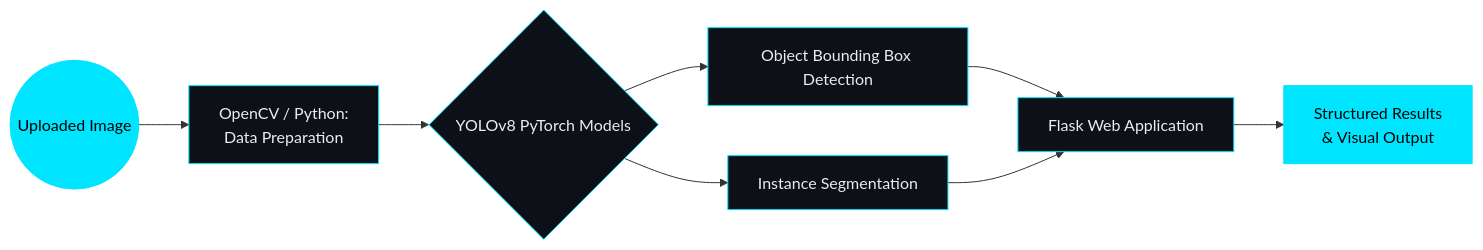
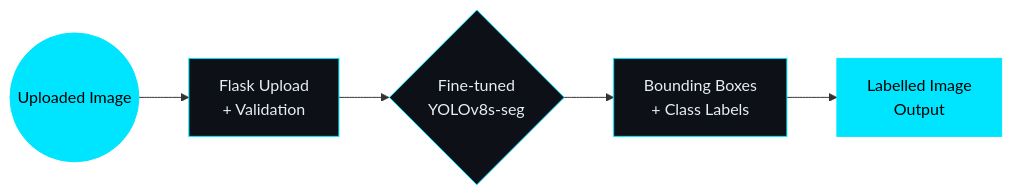
The second of 2 diagrams in README.md (visalsattar/visalsattar), drawn with Mermaid before and after one commit. The commit also changed other lines of this file, not shown here.

````diff
--- a/README.md
+++ b/README.md
@@ -71,14 +72,11 @@
 ```mermaid
 graph LR
-    A((Uploaded Image)) --> B[OpenCV / Python: <br> Data Preparation]
-    B --> C{YOLOv8 PyTorch Models}
-    C --> D[Object Bounding Box Detection]
-    C --> E[Instance Segmentation]
-    D --> F[Flask Web Application]
-    E --> F
-    F --> G[Structured Results <br> & Visual Output]
+    A((Uploaded Image)) --> B[Flask Upload <br> + Validation]
+    B --> C{Fine-tuned <br> YOLOv8s-seg}
+    C --> D[Bounding Boxes <br> + Class Labels]
+    D --> G[Labelled Image <br> Output]
 
     classDef default fill:#0D1117,stroke:#00E5FF,stroke-width:1px,color:#E6EDF3;
     classDef highlight fill:#00E5FF,stroke:#00E5FF,color:#000000;
     class A,G highlight;
 ```
````
